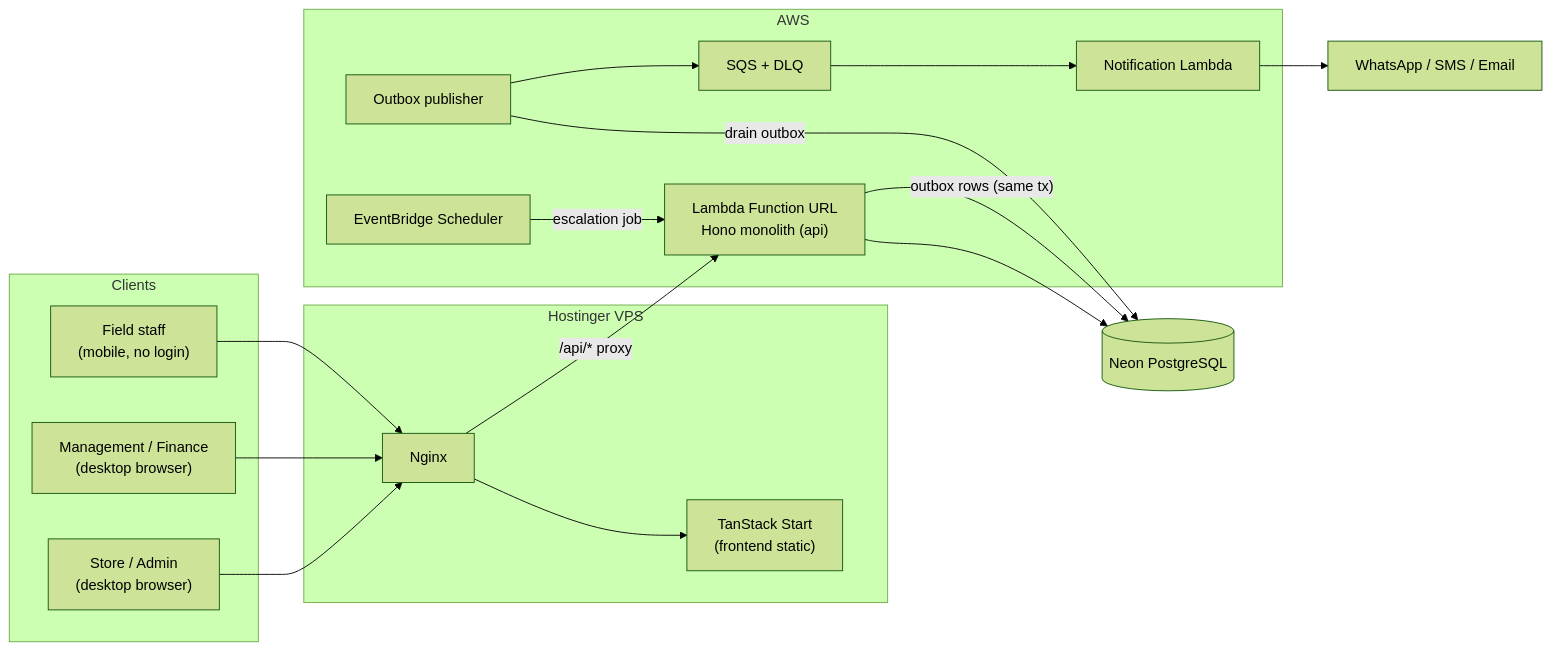
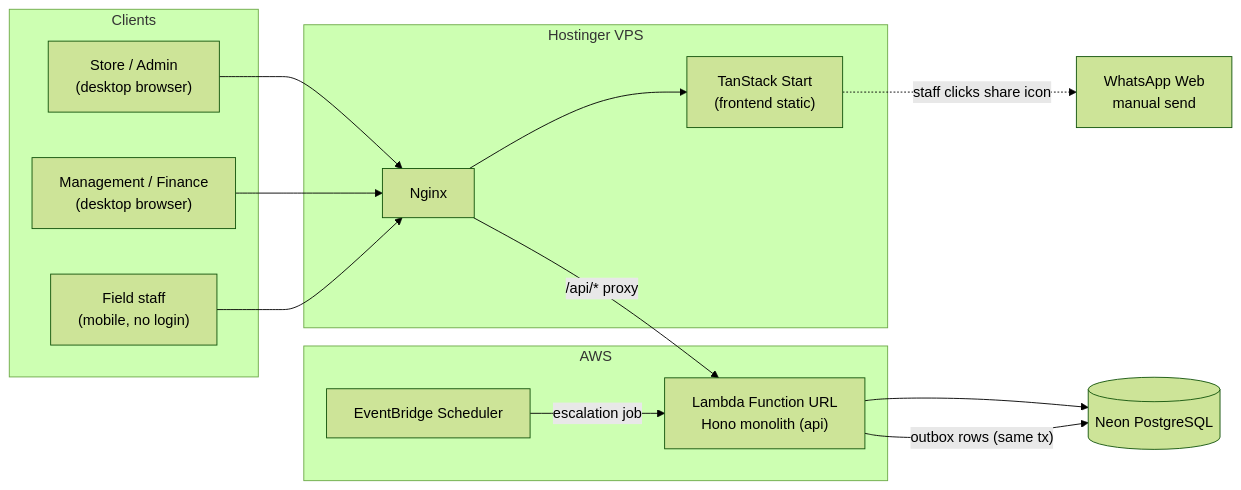
One commit to Vizualabs/Vizualab_HERMS changed the diagram in architecture/system-architecture.md. Above: the diagram before and after it, drawn with Mermaid (forest theme). The commit also changed other lines of this file and 43 other files, not shown here.

````diff
--- a/architecture/system-architecture.md
+++ b/architecture/system-architecture.md
@@ -23,36 +23,31 @@
 ```mermaid
 flowchart LR
     subgraph Clients
         STORE["Store / Admin<br>(desktop browser)"]
         MGMT["Management / Finance<br>(desktop browser)"]
         FIELD["Field staff<br>(mobile, no login)"]
     end
 
     subgraph VPS["Hostinger VPS"]
         NGINX["Nginx"]
         WEB["TanStack Start<br>(frontend static)"]
     end
 
     subgraph AWS["AWS"]
         LFN["Lambda Function URL<br>Hono monolith (api)"]
-        PUB["Outbox publisher"]
-        SQS["SQS + DLQ"]
-        NOTIFY["Notification Lambda"]
         SCHED["EventBridge Scheduler"]
     end
 
     DB[("Neon PostgreSQL")]
+    WA["WhatsApp Web<br>manual send"]
 
     STORE --> NGINX
     MGMT --> NGINX
     FIELD --> NGINX
     NGINX --> WEB
     NGINX -->|"/api/* proxy"| LFN
     LFN --> DB
     LFN -->|"outbox rows (same tx)"| DB
-    PUB -->|"drain outbox"| DB
-    PUB --> SQS
-    SQS --> NOTIFY
-    NOTIFY --> WA["WhatsApp / SMS / Email"]
+    WEB -.->|"staff clicks share icon"| WA
     SCHED -->|"escalation job"| LFN
 ```
````
